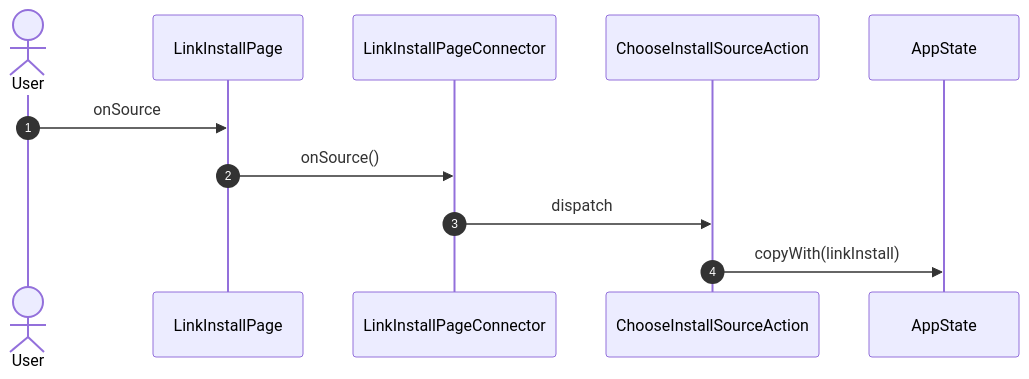
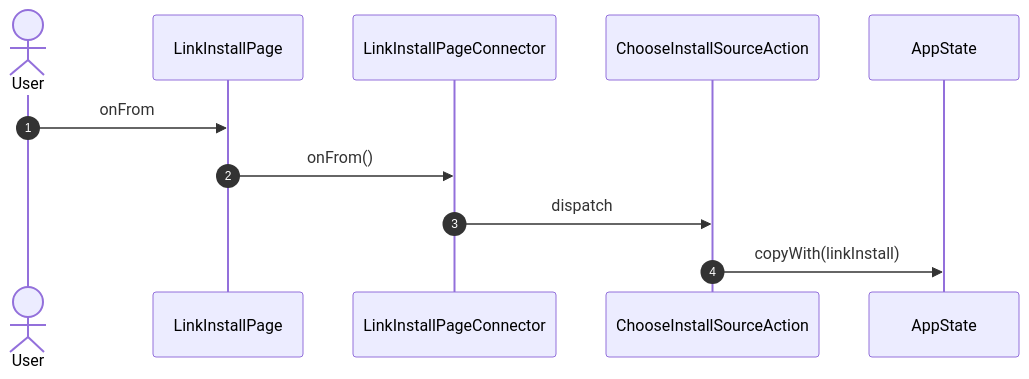
Before and after one commit to gencto/wyrm: the second of 17 diagrams in studio/docs/flows/linkInstall.md, drawn with Mermaid. The commit also changed other lines of this file and 85 other files, not shown here.

````diff
--- a/studio/docs/flows/linkInstall.md
+++ b/studio/docs/flows/linkInstall.md
@@ -84,14 +24,14 @@
 ```mermaid
 sequenceDiagram
     autonumber
     actor User
     participant UI as LinkInstallPage
     participant VM as LinkInstallPageConnector
     participant A1 as ChooseInstallSourceAction
     participant ST as AppState
 
-    User->>UI: onSource
-    UI->>VM: onSource()
+    User->>UI: onFrom
+    UI->>VM: onFrom()
     VM->>A1: dispatch
     A1->>ST: copyWith(linkInstall)
 ```
````
